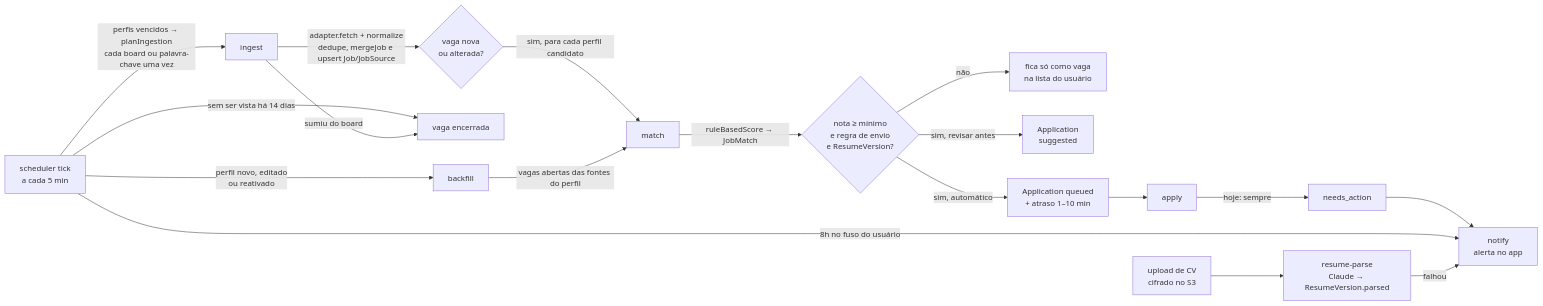
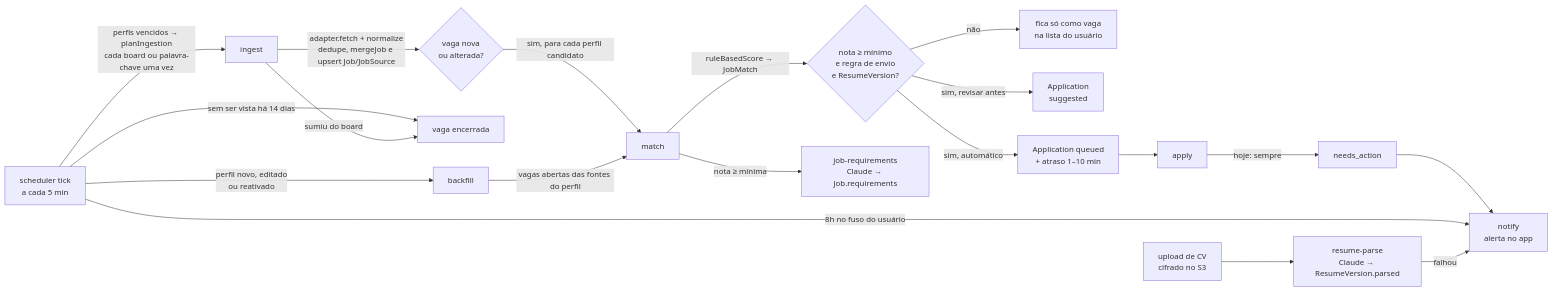
Before and after one commit to gabrielAlencar33564/cv-pilot: the diagram in docs/visao-geral.md, drawn with Mermaid. The commit also changed other lines of this file and 58 other files, not shown here.

````diff
--- a/docs/visao-geral.md
+++ b/docs/visao-geral.md
@@ -63,20 +62,21 @@
 ```mermaid
 flowchart LR
   T[scheduler tick<br/>a cada 5 min] -->|perfis vencidos → planIngestion<br/>cada board ou palavra-chave uma vez| I[ingest]
   T -->|perfil novo, editado<br/>ou reativado| B[backfill]
   T -->|sem ser vista há 14 dias| X[vaga encerrada]
   I -->|adapter.fetch + normalize<br/>dedupe, mergeJob e upsert Job/JobSource| C{vaga nova<br/>ou alterada?}
   I -->|sumiu do board| X
   C -- sim, para cada perfil candidato --> M[match]
   B -->|vagas abertas das fontes do perfil| M
   M -->|ruleBasedScore → JobMatch| D{nota ≥ mínimo<br/>e regra de envio<br/>e ResumeVersion?}
   D -- não --> L[fica só como vaga<br/>na lista do usuário]
   D -- sim, revisar antes --> SG[Application<br/>suggested]
   D -- sim, automático --> Q[Application queued<br/>+ atraso 1–10 min]
   Q --> A[apply]
   A -->|hoje: sempre| NA[needs_action]
   NA --> N[notify<br/>alerta no app]
   T -->|8h no fuso do usuário| N
   U[upload de CV<br/>cifrado no S3] --> RP[resume-parse<br/>Claude → ResumeVersion.parsed]
   RP -->|falhou| N
+  M -->|nota ≥ mínima| JR[job-requirements<br/>Claude → Job.requirements]
 ```
````
